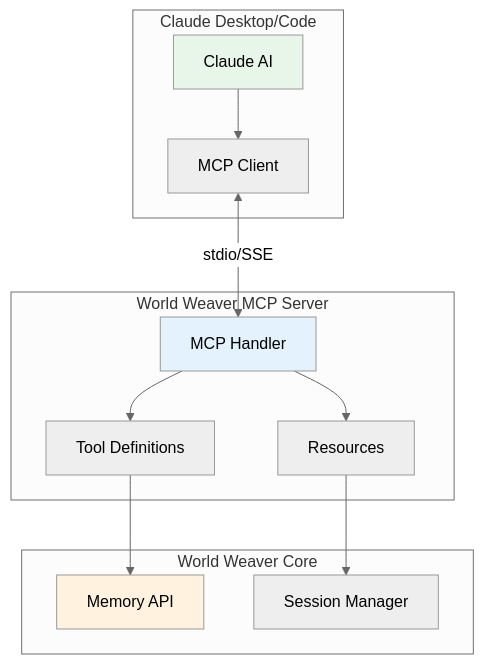
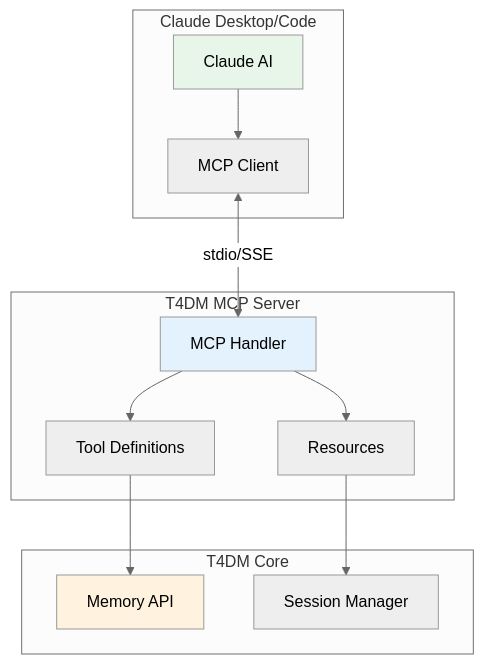
One commit to astoreyai/t4d changed the seventh of 10 diagrams in docs/concepts/architecture.md. Above: the diagram before and after it, drawn with Mermaid (neutral theme). The commit also changed other lines of this file and 394 other files, not shown here.

First line of the commit message:
Bulk rename World Weaver→T4DM across all documentation, diagrams, skills, agents

````diff
--- a/docs/concepts/architecture.md
+++ b/docs/concepts/architecture.md
@@ -268,29 +268,29 @@
 ```mermaid
 graph TB
     subgraph Claude["Claude Desktop/Code"]
         CLAUDE[Claude AI]
         MCP_CLIENT[MCP Client]
     end
 
-    subgraph WW_Server["World Weaver MCP Server"]
+    subgraph T4DM_Server["T4DM MCP Server"]
         MCP_HANDLER[MCP Handler]
         TOOLS[Tool Definitions]
         RESOURCES[Resources]
     end
 
-    subgraph WW_Core["World Weaver Core"]
+    subgraph T4DM_Core["T4DM Core"]
         MEMORY_API[Memory API]
         SESSION[Session Manager]
     end
 
     CLAUDE --> MCP_CLIENT
     MCP_CLIENT <-->|stdio/SSE| MCP_HANDLER
     MCP_HANDLER --> TOOLS
     MCP_HANDLER --> RESOURCES
     TOOLS --> MEMORY_API
     RESOURCES --> SESSION
 
     style CLAUDE fill:#e8f5e9
     style MCP_HANDLER fill:#e3f2fd
     style MEMORY_API fill:#fff3e0
 ```
````
